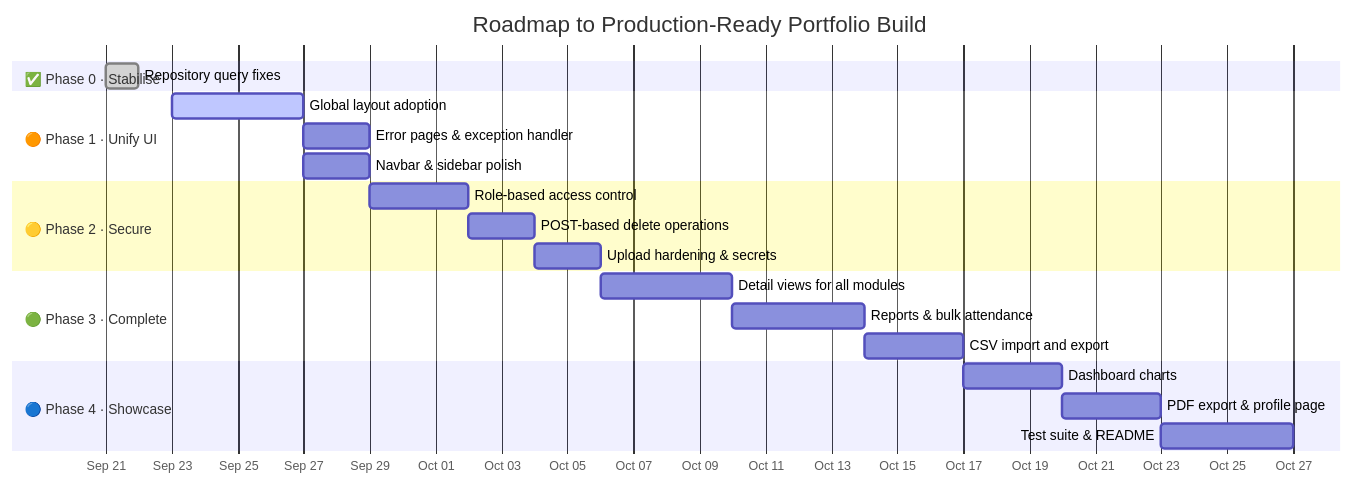
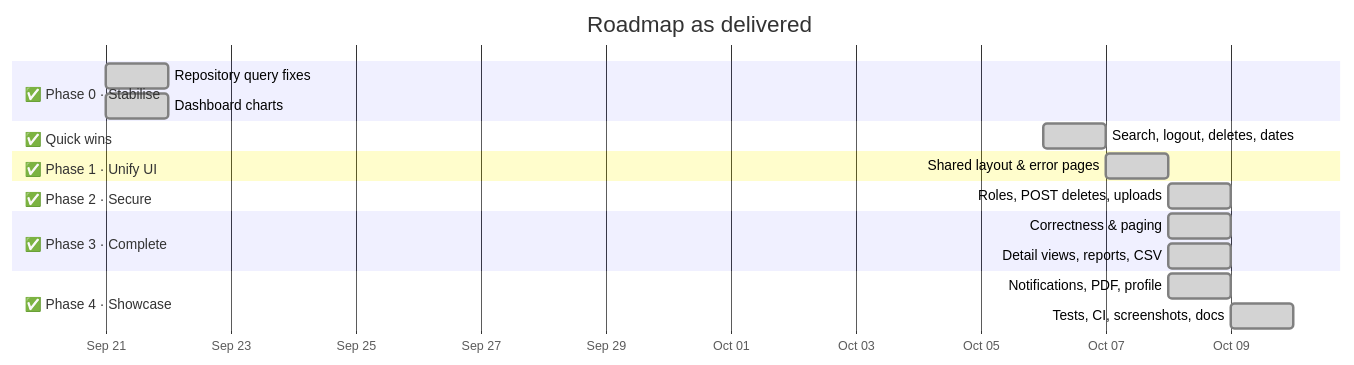
Before and after one commit to anurag-joshi-1403/StudentManagementSystem: the fourth of 5 diagrams in PROJECT_ROADMAP.md, drawn with Mermaid. The commit also changed other lines of this file and 59 other files, not shown here.

First line of the commit message:
add stage F: notifications, activity log, PDFs, profile, user admin, tests and CI

````diff
--- a/PROJECT_ROADMAP.md
+++ b/PROJECT_ROADMAP.md
@@ -401,29 +415,27 @@
 ```mermaid
 gantt
-    title Roadmap to Production-Ready Portfolio Build
+    title Roadmap as delivered
     dateFormat YYYY-MM-DD
     axisFormat %b %d
 
     section ✅ Phase 0 · Stabilise
     Repository query fixes          :done, p0, 2026-09-21, 1d
+    Dashboard charts                :done, p0b, 2026-09-21, 1d
 
-    section 🟠 Phase 1 · Unify UI
-    Global layout adoption          :active, p1a, 2026-09-23, 4d
-    Error pages & exception handler :p1b, after p1a, 2d
-    Navbar & sidebar polish         :p1c, after p1a, 2d
+    section ✅ Quick wins
+    Search, logout, deletes, dates  :done, qw, 2026-10-06, 1d
 
-    section 🟡 Phase 2 · Secure
-    Role-based access control       :p2a, after p1b, 3d
-    POST-based delete operations    :p2b, after p2a, 2d
-    Upload hardening & secrets      :p2c, after p2b, 2d
+    section ✅ Phase 1 · Unify UI
+    Shared layout & error pages     :done, p1, 2026-10-07, 1d
 
-    section 🟢 Phase 3 · Complete
-    Detail views for all modules    :p3a, after p2c, 4d
-    Reports & bulk attendance       :p3b, after p3a, 4d
-    CSV import and export           :p3c, after p3b, 3d
+    section ✅ Phase 2 · Secure
+    Roles, POST deletes, uploads    :done, p2, 2026-10-08, 1d
 
-    section 🔵 Phase 4 · Showcase
-    Dashboard charts                :p4a, after p3c, 3d
-    PDF export & profile page       :p4b, after p4a, 3d
-    Test suite & README             :p4c, after p4b, 4d
+    section ✅ Phase 3 · Complete
+    Correctness & paging            :done, p3a, 2026-10-08, 1d
+    Detail views, reports, CSV      :done, p3b, 2026-10-08, 1d
+
+    section ✅ Phase 4 · Showcase
+    Notifications, PDF, profile     :done, p4a, 2026-10-08, 1d
+    Tests, CI, screenshots, docs    :done, p4b, 2026-10-09, 1d
 ```
````
